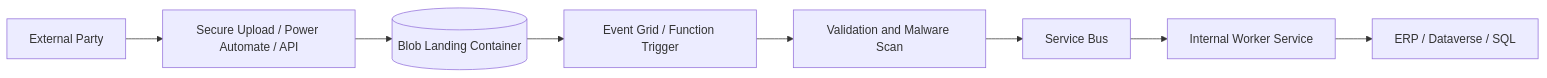
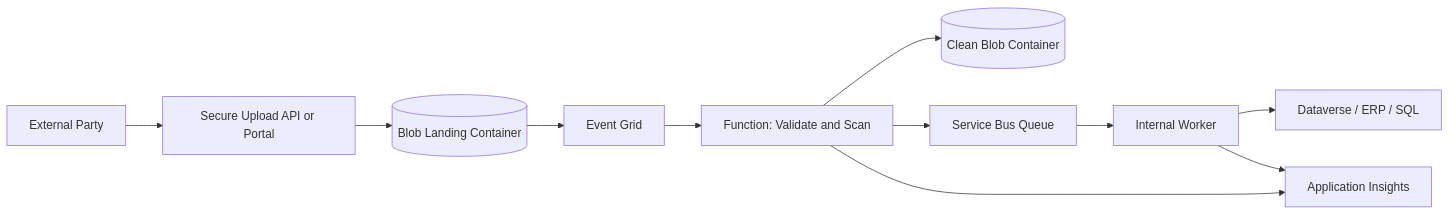
One commit to brunsdon/azure-services-cheat-sheet changed the sixth of 8 diagrams in docs/architecture-patterns.md. Above: the diagram before and after it, drawn with Mermaid. The commit also changed other lines of this file and 17 other files, not shown here.

Commit message:
Polish Azure architecture field guide

````diff
--- a/docs/architecture-patterns.md
+++ b/docs/architecture-patterns.md
@@ -74,10 +204,13 @@
 ```mermaid
 flowchart LR
-    external[External Party] --> ingress[Secure Upload / Power Automate / API]
-    ingress --> landing[(Blob Landing Container)]
-    landing --> trigger[Event Grid / Function Trigger]
-    trigger --> scan[Validation and Malware Scan]
-    scan --> bus[Service Bus]
-    bus --> worker[Internal Worker Service]
-    worker --> system[ERP / Dataverse / SQL]
+    external[External Party] --> upload[Secure Upload API or Portal]
+    upload --> landing[(Blob Landing Container)]
+    landing --> event[Event Grid]
+    event --> validate[Function: Validate and Scan]
+    validate --> clean[(Clean Blob Container)]
+    validate --> bus[Service Bus Queue]
+    bus --> worker[Internal Worker]
+    worker --> dataverse[Dataverse / ERP / SQL]
+    validate --> appi[Application Insights]
+    worker --> appi
 ```
````
